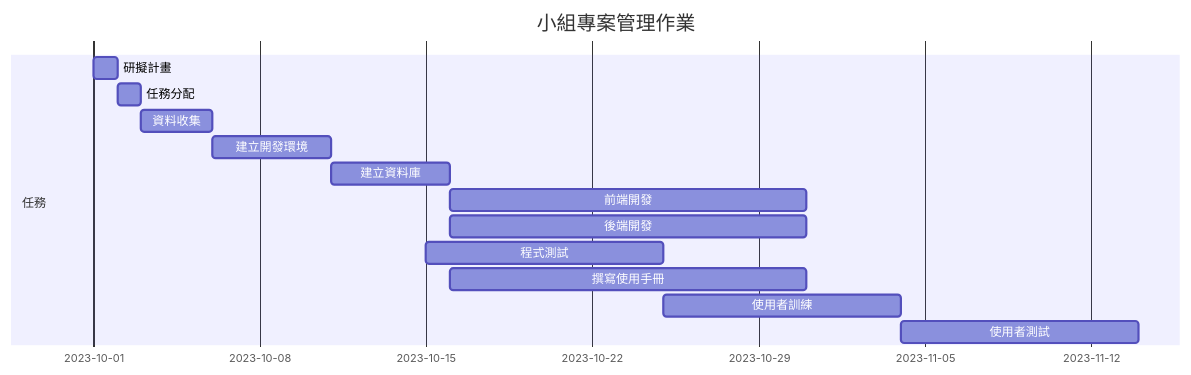
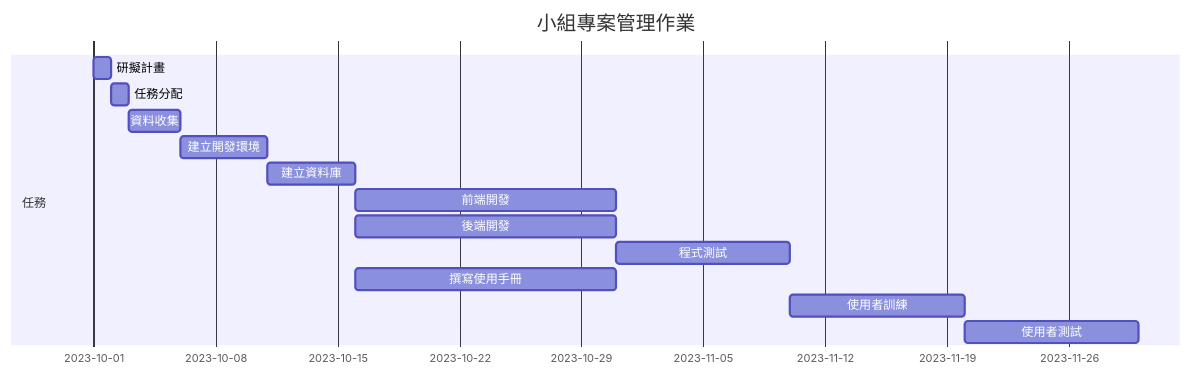
Before and after one commit to Xuan730/T5: the diagram in group-hw2.md, drawn with Mermaid.

````diff
--- a/group-hw2.md
+++ b/group-hw2.md
@@ -5,17 +5,17 @@
 ```mermaid
 gantt
     title 小組專案管理作業
 
     section 任務
     研擬計畫 :a1, 2023-10-01, 1d
     任務分配 :a2, after a1, 1d
     資料收集 :a3, after a2 , 3d
     建立開發環境 :a4, after a3, 5d
     建立資料庫 :a5, after a4, 5d
     前端開發:a6,after a5, 15d
     後端開發:a7, after a5, 15d
-    程式測試 :a8, after a6a7, 10d
+    程式測試 :a8, after a7, 10d
     撰寫使用手冊 :a9, after a5, 15d
     使用者訓練 :a10, after a8, 10d
     使用者測試 : a11, after a10, 10d
 ```
````
